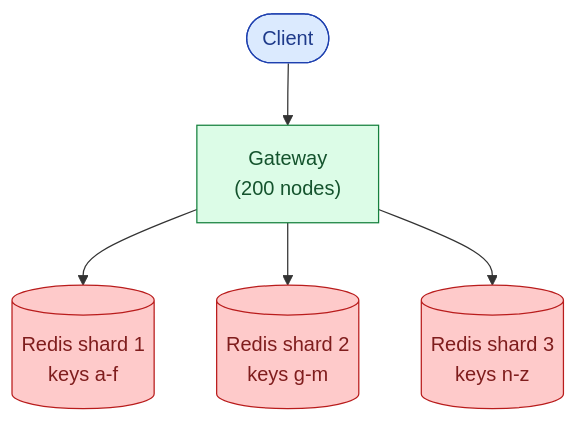
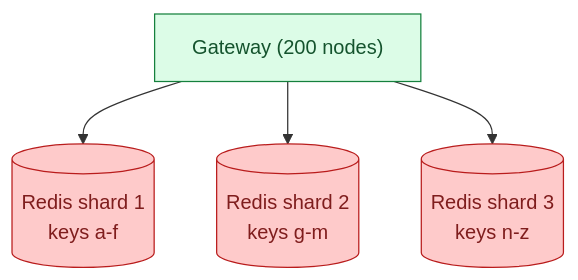
The fifth of 12 diagrams in problems/004-rate-limiter/question.md (shiningflash/system-design), drawn with Mermaid before and after one commit. The commit also changed other lines of this file and 37 other files, not shown here.

````diff
--- a/problems/004-rate-limiter/question.md
+++ b/problems/004-rate-limiter/question.md
@@ -227,11 +154,9 @@
 ```mermaid
 flowchart TB
-    C([Client]):::user --> GW["Gateway<br/>(200 nodes)"]:::app
-    GW --> R1[("Redis shard 1<br/>keys a-f")]:::cache
+    GW["Gateway (200 nodes)"]:::app --> R1[("Redis shard 1<br/>keys a-f")]:::cache
     GW --> R2[("Redis shard 2<br/>keys g-m")]:::cache
     GW --> R3[("Redis shard 3<br/>keys n-z")]:::cache
 
-    classDef user  fill:#dbeafe,stroke:#1e40af,color:#1e3a8a
     classDef app   fill:#dcfce7,stroke:#15803d,color:#14532d
     classDef cache fill:#fecaca,stroke:#b91c1c,color:#7f1d1d
 ```
````
